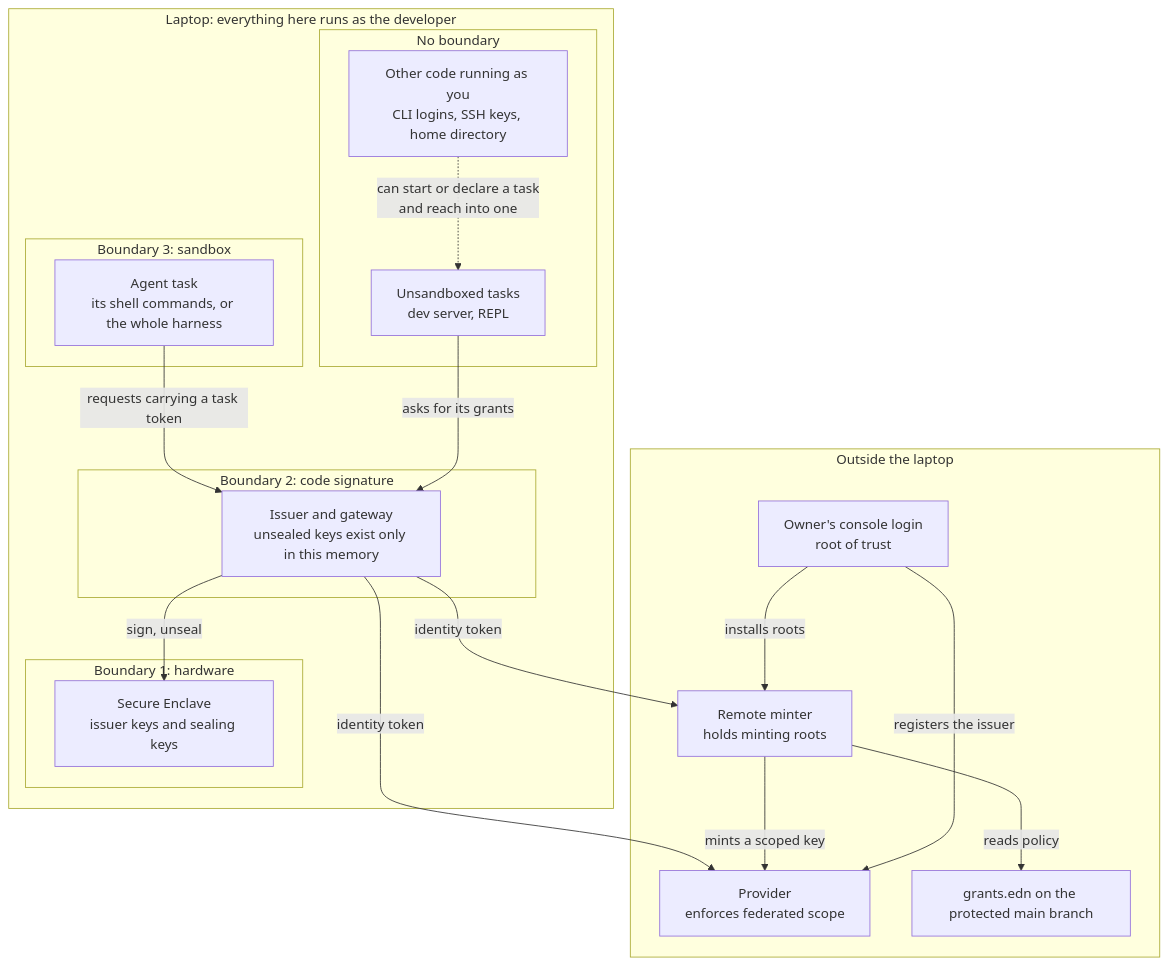
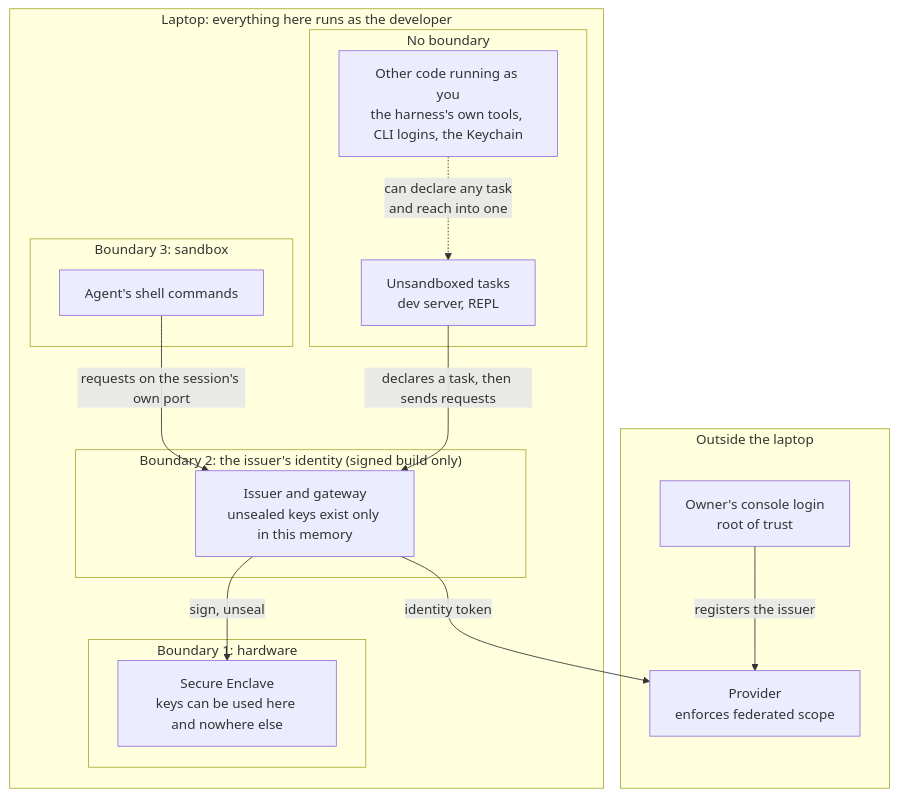
The second of 4 diagrams in doc/threat-model.md (kirahowe/grants), drawn with Mermaid before and after one commit. The commit also changed other lines of this file, not shown here.

````diff
--- a/doc/threat-model.md
+++ b/doc/threat-model.md
@@ -62,34 +56,28 @@
 ```mermaid
 flowchart TB
     subgraph outside["Outside the laptop"]
         OWN["Owner's console login<br/>root of trust"]
         PROV["Provider<br/>enforces federated scope"]
-        MIN["Remote minter<br/>holds minting roots"]
-        MAIN["grants.edn on the protected main branch"]
     end
     subgraph laptop["Laptop: everything here runs as the developer"]
         subgraph hw["Boundary 1: hardware"]
-            SE["Secure Enclave<br/>issuer keys and sealing keys"]
+            SE["Secure Enclave<br/>keys can be used here and nowhere else"]
         end
-        subgraph signed["Boundary 2: code signature"]
+        subgraph signed["Boundary 2: the issuer's identity (signed build only)"]
             ISS["Issuer and gateway<br/>unsealed keys exist only in this memory"]
         end
         subgraph sandbox["Boundary 3: sandbox"]
-            AG["Agent task<br/>its shell commands, or the whole harness"]
+            AG["Agent's shell commands"]
         end
         subgraph nob["No boundary"]
             TASK["Unsandboxed tasks<br/>dev server, REPL"]
-            AMB["Other code running as you<br/>CLI logins, SSH keys, home directory"]
+            AMB["Other code running as you<br/>the harness's own tools, CLI logins, the Keychain"]
         end
     end
     ISS -->|"sign, unseal"| SE
-    AG -->|"requests carrying a task token"| ISS
-    TASK -->|"asks for its grants"| ISS
-    AMB -.->|"can start or declare a task<br/>and reach into one"| TASK
+    AG -->|"requests on the session's own port"| ISS
+    TASK -->|"declares a task, then sends requests"| ISS
+    AMB -.->|"can declare any task<br/>and reach into one"| TASK
     ISS -->|"identity token"| PROV
-    ISS -->|"identity token"| MIN
-    MIN -->|"reads policy"| MAIN
-    MIN -->|"mints a scoped key"| PROV
     OWN -->|"registers the issuer"| PROV
-    OWN -->|"installs roots"| MIN
 ```
````
